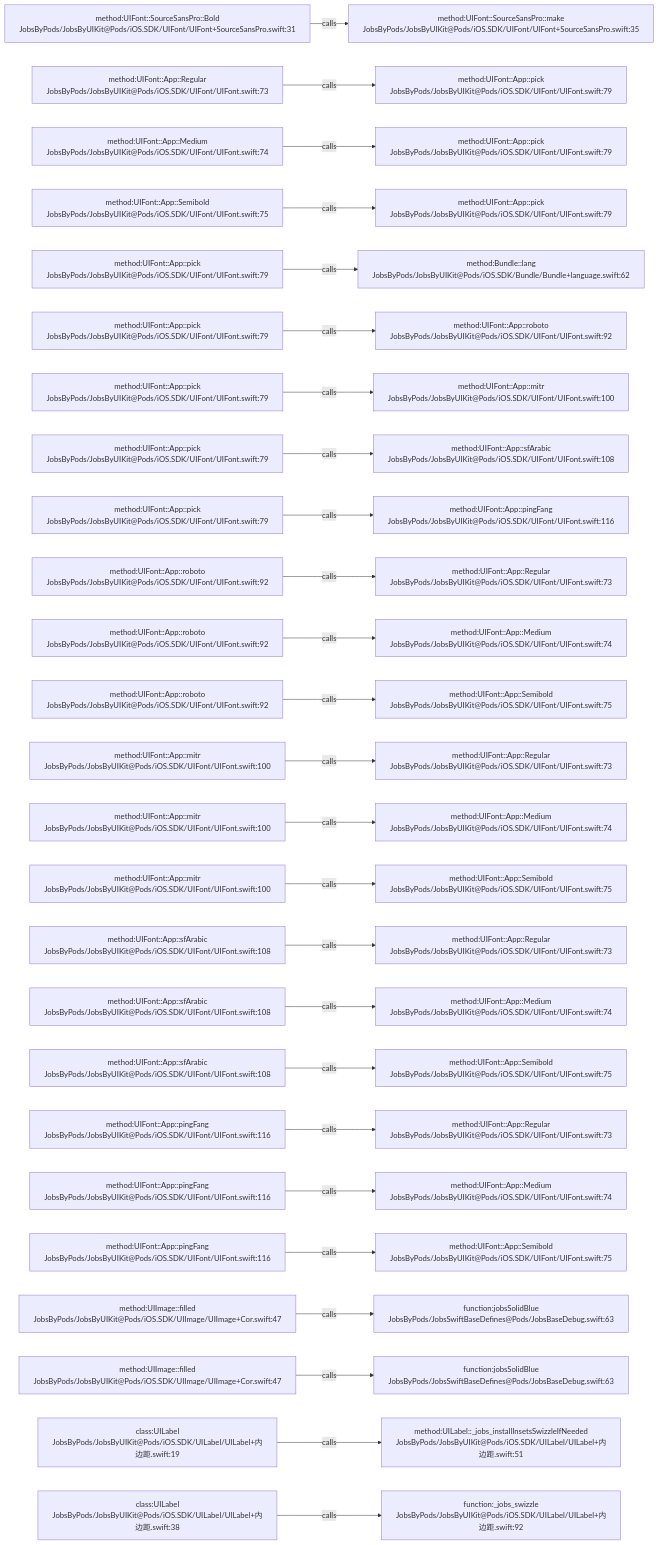
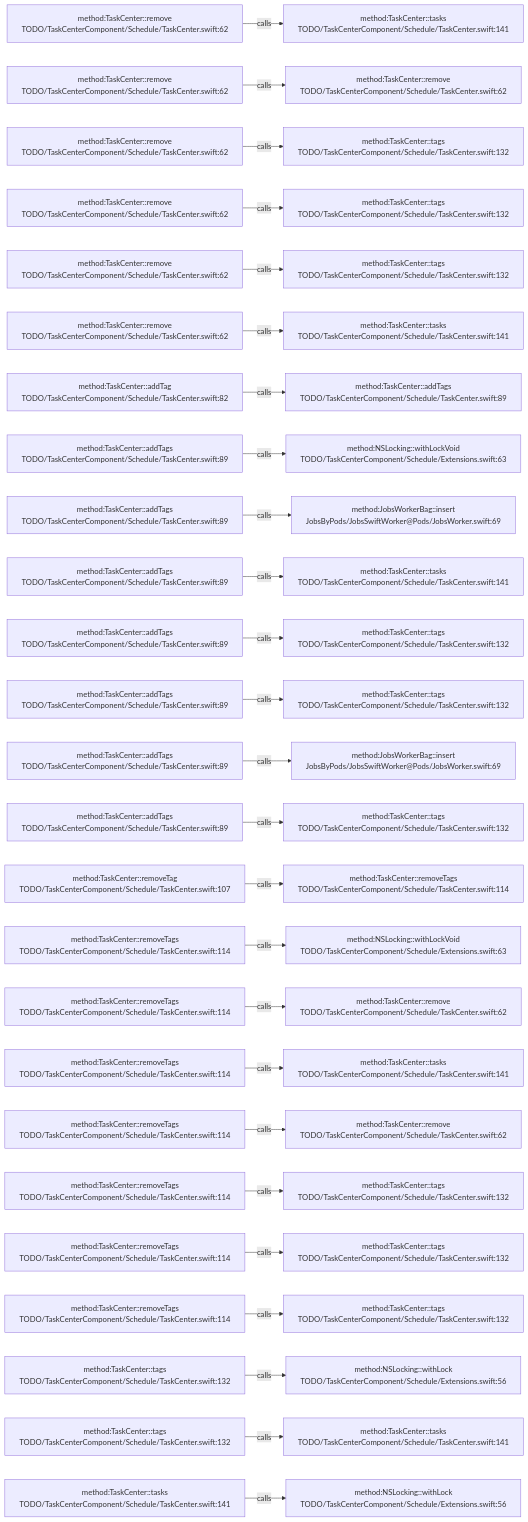
One commit to JobsKits/JobsSwiftBaseConfigDemo changed the diagram in .codegraph/codegraph.md/graphs/calls-022.md. Above: the diagram before and after it, drawn with Mermaid. The commit also changed 227 other files, not shown here.

````diff
--- a/.codegraph/codegraph.md/graphs/calls-022.md
+++ b/.codegraph/codegraph.md/graphs/calls-022.md
@@ -13,78 +13,78 @@
 ```mermaid
 flowchart LR
-  S1["method:UIFont::SourceSansPro::Bold<br/>JobsByPods/JobsByUIKit@Pods/iOS.SDK/UIFont/UIFont+SourceSansPro.swift:31"]
-  T1["method:UIFont::SourceSansPro::make<br/>JobsByPods/JobsByUIKit@Pods/iOS.SDK/UIFont/UIFont+SourceSansPro.swift:35"]
+  S1["method:TaskCenter::remove<br/>TODO/TaskCenterComponent/Schedule/TaskCenter.swift:62"]
+  T1["method:TaskCenter::tasks<br/>TODO/TaskCenterComponent/Schedule/TaskCenter.swift:141"]
   S1 -->|calls| T1
-  S2["method:UIFont::App::Regular<br/>JobsByPods/JobsByUIKit@Pods/iOS.SDK/UIFont/UIFont.swift:73"]
-  T2["method:UIFont::App::pick<br/>JobsByPods/JobsByUIKit@Pods/iOS.SDK/UIFont/UIFont.swift:79"]
+  S2["method:TaskCenter::remove<br/>TODO/TaskCenterComponent/Schedule/TaskCenter.swift:62"]
+  T2["method:TaskCenter::remove<br/>TODO/TaskCenterComponent/Schedule/TaskCenter.swift:62"]
   S2 -->|calls| T2
-  S3["method:UIFont::App::Medium<br/>JobsByPods/JobsByUIKit@Pods/iOS.SDK/UIFont/UIFont.swift:74"]
-  T3["method:UIFont::App::pick<br/>JobsByPods/JobsByUIKit@Pods/iOS.SDK/UIFont/UIFont.swift:79"]
+  S3["method:TaskCenter::remove<br/>TODO/TaskCenterComponent/Schedule/TaskCenter.swift:62"]
+  T3["method:TaskCenter::tags<br/>TODO/TaskCenterComponent/Schedule/TaskCenter.swift:132"]
   S3 -->|calls| T3
-  S4["method:UIFont::App::Semibold<br/>JobsByPods/JobsByUIKit@Pods/iOS.SDK/UIFont/UIFont.swift:75"]
-  T4["method:UIFont::App::pick<br/>JobsByPods/JobsByUIKit@Pods/iOS.SDK/UIFont/UIFont.swift:79"]
+  S4["method:TaskCenter::remove<br/>TODO/TaskCenterComponent/Schedule/TaskCenter.swift:62"]
+  T4["method:TaskCenter::tags<br/>TODO/TaskCenterComponent/Schedule/TaskCenter.swift:132"]
   S4 -->|calls| T4
-  S5["method:UIFont::App::pick<br/>JobsByPods/JobsByUIKit@Pods/iOS.SDK/UIFont/UIFont.swift:79"]
-  T5["method:Bundle::lang<br/>JobsByPods/JobsByUIKit@Pods/iOS.SDK/Bundle/Bundle+language.swift:62"]
+  S5["method:TaskCenter::remove<br/>TODO/TaskCenterComponent/Schedule/TaskCenter.swift:62"]
+  T5["method:TaskCenter::tags<br/>TODO/TaskCenterComponent/Schedule/TaskCenter.swift:132"]
   S5 -->|calls| T5
-  S6["method:UIFont::App::pick<br/>JobsByPods/JobsByUIKit@Pods/iOS.SDK/UIFont/UIFont.swift:79"]
-  T6["method:UIFont::App::roboto<br/>JobsByPods/JobsByUIKit@Pods/iOS.SDK/UIFont/UIFont.swift:92"]
+  S6["method:TaskCenter::remove<br/>TODO/TaskCenterComponent/Schedule/TaskCenter.swift:62"]
+  T6["method:TaskCenter::tasks<br/>TODO/TaskCenterComponent/Schedule/TaskCenter.swift:141"]
   S6 -->|calls| T6
-  S7["method:UIFont::App::pick<br/>JobsByPods/JobsByUIKit@Pods/iOS.SDK/UIFont/UIFont.swift:79"]
-  T7["method:UIFont::App::mitr<br/>JobsByPods/JobsByUIKit@Pods/iOS.SDK/UIFont/UIFont.swift:100"]
+  S7["method:TaskCenter::addTag<br/>TODO/TaskCenterComponent/Schedule/TaskCenter.swift:82"]
+  T7["method:TaskCenter::addTags<br/>TODO/TaskCenterComponent/Schedule/TaskCenter.swift:89"]
   S7 -->|calls| T7
-  S8["method:UIFont::App::pick<br/>JobsByPods/JobsByUIKit@Pods/iOS.SDK/UIFont/UIFont.swift:79"]
-  T8["method:UIFont::App::sfArabic<br/>JobsByPods/JobsByUIKit@Pods/iOS.SDK/UIFont/UIFont.swift:108"]
+  S8["method:TaskCenter::addTags<br/>TODO/TaskCenterComponent/Schedule/TaskCenter.swift:89"]
+  T8["method:NSLocking::withLockVoid<br/>TODO/TaskCenterComponent/Schedule/Extensions.swift:63"]
   S8 -->|calls| T8
-  S9["method:UIFont::App::pick<br/>JobsByPods/JobsByUIKit@Pods/iOS.SDK/UIFont/UIFont.swift:79"]
-  T9["method:UIFont::App::pingFang<br/>JobsByPods/JobsByUIKit@Pods/iOS.SDK/UIFont/UIFont.swift:116"]
+  S9["method:TaskCenter::addTags<br/>TODO/TaskCenterComponent/Schedule/TaskCenter.swift:89"]
+  T9["method:JobsWorkerBag::insert<br/>JobsByPods/JobsSwiftWorker@Pods/JobsWorker.swift:69"]
   S9 -->|calls| T9
-  S10["method:UIFont::App::roboto<br/>JobsByPods/JobsByUIKit@Pods/iOS.SDK/UIFont/UIFont.swift:92"]
-  T10["method:UIFont::App::Regular<br/>JobsByPods/JobsByUIKit@Pods/iOS.SDK/UIFont/UIFont.swift:73"]
+  S10["method:TaskCenter::addTags<br/>TODO/TaskCenterComponent/Schedule/TaskCenter.swift:89"]
+  T10["method:TaskCenter::tasks<br/>TODO/TaskCenterComponent/Schedule/TaskCenter.swift:141"]
   S10 -->|calls| T10
-  S11["method:UIFont::App::roboto<br/>JobsByPods/JobsByUIKit@Pods/iOS.SDK/UIFont/UIFont.swift:92"]
-  T11["method:UIFont::App::Medium<br/>JobsByPods/JobsByUIKit@Pods/iOS.SDK/UIFont/UIFont.swift:74"]
+  S11["method:TaskCenter::addTags<br/>TODO/TaskCenterComponent/Schedule/TaskCenter.swift:89"]
+  T11["method:TaskCenter::tags<br/>TODO/TaskCenterComponent/Schedule/TaskCenter.swift:132"]
   S11 -->|calls| T11
-  S12["method:UIFont::App::roboto<br/>JobsByPods/JobsByUIKit@Pods/iOS.SDK/UIFont/UIFont.swift:92"]
-  T12["method:UIFont::App::Semibold<br/>JobsByPods/JobsByUIKit@Pods/iOS.SDK/UIFont/UIFont.swift:75"]
+  S12["method:TaskCenter::addTags<br/>TODO/TaskCenterComponent/Schedule/TaskCenter.swift:89"]
+  T12["method:TaskCenter::tags<br/>TODO/TaskCenterComponent/Schedule/TaskCenter.swift:132"]
   S12 -->|calls| T12
-  S13["method:UIFont::App::mitr<br/>JobsByPods/JobsByUIKit@Pods/iOS.SDK/UIFont/UIFont.swift:100"]
-  T13["method:UIFont::App::Regular<br/>JobsByPods/JobsByUIKit@Pods/iOS.SDK/UIFont/UIFont.swift:73"]
+  S13["method:TaskCenter::addTags<br/>TODO/TaskCenterComponent/Schedule/TaskCenter.swift:89"]
+  T13["method:JobsWorkerBag::insert<br/>JobsByPods/JobsSwiftWorker@Pods/JobsWorker.swift:69"]
   S13 -->|calls| T13
-  S14["method:UIFont::App::mitr<br/>JobsByPods/JobsByUIKit@Pods/iOS.SDK/UIFont/UIFont.swift:100"]
-  T14["method:UIFont::App::Medium<br/>JobsByPods/JobsByUIKit@Pods/iOS.SDK/UIFont/UIFont.swift:74"]
+  S14["method:TaskCenter::addTags<br/>TODO/TaskCenterComponent/Schedule/TaskCenter.swift:89"]
+  T14["method:TaskCenter::tags<br/>TODO/TaskCenterComponent/Schedule/TaskCenter.swift:132"]
   S14 -->|calls| T14
-  S15["method:UIFont::App::mitr<br/>JobsByPods/JobsByUIKit@Pods/iOS.SDK/UIFont/UIFont.swift:100"]
-  T15["method:UIFont::App::Semibold<br/>JobsByPods/JobsByUIKit@Pods/iOS.SDK/UIFont/UIFont.swift:75"]
+  S15["method:TaskCenter::removeTag<br/>TODO/TaskCenterComponent/Schedule/TaskCenter.swift:107"]
+  T15["method:TaskCenter::removeTags<br/>TODO/TaskCenterComponent/Schedule/TaskCenter.swift:114"]
   S15 -->|calls| T15
-  S16["method:UIFont::App::sfArabic<br/>JobsByPods/JobsByUIKit@Pods/iOS.SDK/UIFont/UIFont.swift:108"]
-  T16["method:UIFont::App::Regular<br/>JobsByPods/JobsByUIKit@Pods/iOS.SDK/UIFont/UIFont.swift:73"]
+  S16["method:TaskCenter::removeTags<br/>TODO/TaskCenterComponent/Schedule/TaskCenter.swift:114"]
+  T16["method:NSLocking::withLockVoid<br/>TODO/TaskCenterComponent/Schedule/Extensions.swift:63"]
   S16 -->|calls| T16
-  S17["method:UIFont::App::sfArabic<br/>JobsByPods/JobsByUIKit@Pods/iOS.SDK/UIFont/UIFont.swift:108"]
-  T17["method:UIFont::App::Medium<br/>JobsByPods/JobsByUIKit@Pods/iOS.SDK/UIFont/UIFont.swift:74"]
+  S17["method:TaskCenter::removeTags<br/>TODO/TaskCenterComponent/Schedule/TaskCenter.swift:114"]
+  T17["method:TaskCenter::remove<br/>TODO/TaskCenterComponent/Schedule/TaskCenter.swift:62"]
   S17 -->|calls| T17
-  S18["method:UIFont::App::sfArabic<br/>JobsByPods/JobsByUIKit@Pods/iOS.SDK/UIFont/UIFont.swift:108"]
-  T18["method:UIFont::App::Semibold<br/>JobsByPods/JobsByUIKit@Pods/iOS.SDK/UIFont/UIFont.swift:75"]
+  S18["method:TaskCenter::removeTags<br/>TODO/TaskCenterComponent/Schedule/TaskCenter.swift:114"]
+  T18["method:TaskCenter::tasks<br/>TODO/TaskCenterComponent/Schedule/TaskCenter.swift:141"]
   S18 -->|calls| T18
-  S19["method:UIFont::App::pingFang<br/>JobsByPods/JobsByUIKit@Pods/iOS.SDK/UIFont/UIFont.swift:116"]
-  T19["method:UIFont::App::Regular<br/>JobsByPods/JobsByUIKit@Pods/iOS.SDK/UIFont/UIFont.swift:73"]
+  S19["method:TaskCenter::removeTags<br/>TODO/TaskCenterComponent/Schedule/TaskCenter.swift:114"]
+  T19["method:TaskCenter::remove<br/>TODO/TaskCenterComponent/Schedule/TaskCenter.swift:62"]
   S19 -->|calls| T19
-  S20["method:UIFont::App::pingFang<br/>JobsByPods/JobsByUIKit@Pods/iOS.SDK/UIFont/UIFont.swift:116"]
-  T20["method:UIFont::App::Medium<br/>JobsByPods/JobsByUIKit@Pods/iOS.SDK/UIFont/UIFont.swift:74"]
+  S20["method:TaskCenter::removeTags<br/>TODO/TaskCenterComponent/Schedule/TaskCenter.swift:114"]
+  T20["method:TaskCenter::tags<br/>TODO/TaskCenterComponent/Schedule/TaskCenter.swift:132"]
   S20 -->|calls| T20
-  S21["method:UIFont::App::pingFang<br/>JobsByPods/JobsByUIKit@Pods/iOS.SDK/UIFont/UIFont.swift:116"]
-  T21["method:UIFont::App::Semibold<br/>JobsByPods/JobsByUIKit@Pods/iOS.SDK/UIFont/UIFont.swift:75"]
+  S21["method:TaskCenter::removeTags<br/>TODO/TaskCenterComponent/Schedule/TaskCenter.swift:114"]
+  T21["method:TaskCenter::tags<br/>TODO/TaskCenterComponent/Schedule/TaskCenter.swift:132"]
   S21 -->|calls| T21
-  S22["method:UIImage::filled<br/>JobsByPods/JobsByUIKit@Pods/iOS.SDK/UIImage/UIImage+Cor.swift:47"]
-  T22["function:jobsSolidBlue<br/>JobsByPods/JobsSwiftBaseDefines@Pods/JobsBaseDebug.swift:63"]
+  S22["method:TaskCenter::removeTags<br/>TODO/TaskCenterComponent/Schedule/TaskCenter.swift:114"]
+  T22["method:TaskCenter::tags<br/>TODO/TaskCenterComponent/Schedule/TaskCenter.swift:132"]
   S22 -->|calls| T22
-  S23["method:UIImage::filled<br/>JobsByPods/JobsByUIKit@Pods/iOS.SDK/UIImage/UIImage+Cor.swift:47"]
-  T23["function:jobsSolidBlue<br/>JobsByPods/JobsSwiftBaseDefines@Pods/JobsBaseDebug.swift:63"]
+  S23["method:TaskCenter::tags<br/>TODO/TaskCenterComponent/Schedule/TaskCenter.swift:132"]
+  T23["method:NSLocking::withLock<br/>TODO/TaskCenterComponent/Schedule/Extensions.swift:56"]
   S23 -->|calls| T23
-  S24["class:UILabel<br/>JobsByPods/JobsByUIKit@Pods/iOS.SDK/UILabel/UILabel+内边距.swift:19"]
-  T24["method:UILabel::_jobs_installInsetsSwizzleIfNeeded<br/>JobsByPods/JobsByUIKit@Pods/iOS.SDK/UILabel/UILabel+内边距.swift:51"]
+  S24["method:TaskCenter::tags<br/>TODO/TaskCenterComponent/Schedule/TaskCenter.swift:132"]
+  T24["method:TaskCenter::tasks<br/>TODO/TaskCenterComponent/Schedule/TaskCenter.swift:141"]
   S24 -->|calls| T24
-  S25["class:UILabel<br/>JobsByPods/JobsByUIKit@Pods/iOS.SDK/UILabel/UILabel+内边距.swift:38"]
-  T25["function:_jobs_swizzle<br/>JobsByPods/JobsByUIKit@Pods/iOS.SDK/UILabel/UILabel+内边距.swift:92"]
+  S25["method:TaskCenter::tasks<br/>TODO/TaskCenterComponent/Schedule/TaskCenter.swift:141"]
+  T25["method:NSLocking::withLock<br/>TODO/TaskCenterComponent/Schedule/Extensions.swift:56"]
   S25 -->|calls| T25
 ```
````
